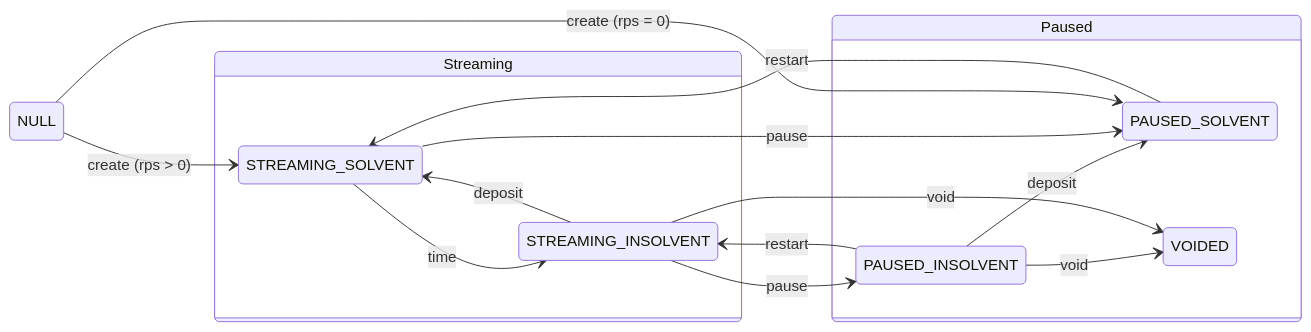
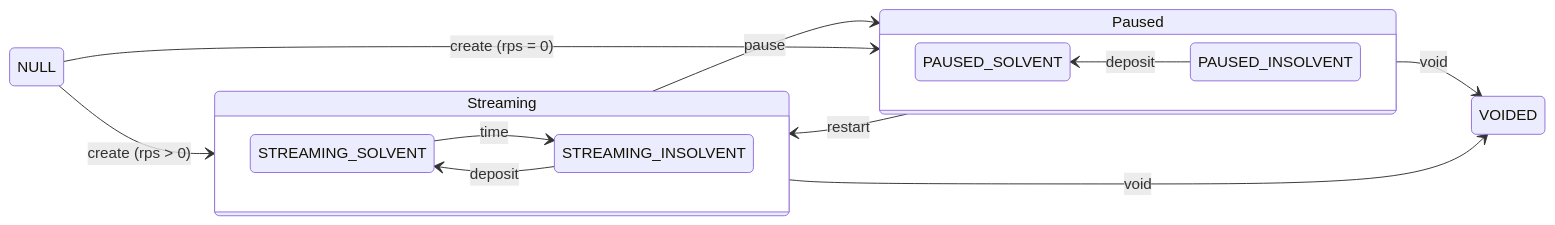
The first of 8 diagrams in DIAGRAMS.md (sablier-labs/lockup), drawn with Mermaid before and after one commit. The commit also changed other lines of this file and 17 other files, not shown here.

````diff
--- a/DIAGRAMS.md
+++ b/DIAGRAMS.md
@@ -23,43 +23,42 @@
 ```mermaid
 stateDiagram-v2
     direction LR
 
     state Streaming {
+        direction LR
         STREAMING_SOLVENT
         STREAMING_INSOLVENT --> STREAMING_SOLVENT : deposit
         STREAMING_SOLVENT --> STREAMING_INSOLVENT : time
     }
 
     state Paused {
-        # direction BT
+        direction RL
         PAUSED_SOLVENT
+        PAUSED_INSOLVENT --> PAUSED_SOLVENT : deposit
         PAUSED_INSOLVENT
-        PAUSED_INSOLVENT --> PAUSED_SOLVENT : deposit
-        PAUSED_INSOLVENT --> VOIDED : void
-        VOIDED
     }
 
-    STREAMING_SOLVENT --> PAUSED_SOLVENT : pause
-    STREAMING_INSOLVENT --> PAUSED_INSOLVENT : pause
-    PAUSED_SOLVENT --> STREAMING_SOLVENT : restart
-    STREAMING_INSOLVENT --> VOIDED : void
-    PAUSED_INSOLVENT --> STREAMING_INSOLVENT : restart
+    Streaming --> Paused : pause
+    Paused --> Streaming : restart
+    Paused --> VOIDED : void
+    Streaming --> VOIDED : void
 
-    NULL --> STREAMING_SOLVENT : create (rps > 0)
-    NULL --> PAUSED_SOLVENT : create (rps = 0)
+    NULL --> Streaming : create (rps > 0)
+    NULL --> Paused : create (rps = 0)
 
     NULL:::grey
-    Streaming:::lightGreen
     Paused:::lightYellow
-    STREAMING_SOLVENT:::intenseGreen
-    STREAMING_INSOLVENT:::intenseGreen
     PAUSED_INSOLVENT:::intenseYellow
     PAUSED_SOLVENT:::intenseYellow
-    VOIDED:::intenseYellow
+    Streaming:::lightGreen
+    STREAMING_INSOLVENT:::intenseGreen
+    STREAMING_SOLVENT:::intenseGreen
+    VOIDED:::red
 
     classDef grey fill:#b0b0b0,stroke:#333,stroke-width:2px,color:#000,font-weight:bold;
+    classDef intenseGreen fill:#32cd32,stroke:#333,stroke-width:2px,color:#000,font-weight:bold;
+    classDef intenseYellow fill:#ffd700,color:#000,font-weight:bold;
     classDef lightGreen fill:#98FB98,color:#000,font-weight:bold;
-    classDef intenseGreen fill:#32cd32,stroke:#333,stroke-width:2px,color:#000,font-weight:bold;
     classDef lightYellow fill:#ffff99,color:#000,font-weight:bold;
-    classDef intenseYellow fill:#ffd700,color:#000,font-weight:bold;
+    classDef red fill:#ff4e4e,stroke:#333,stroke-width:2px;
 ```
````
